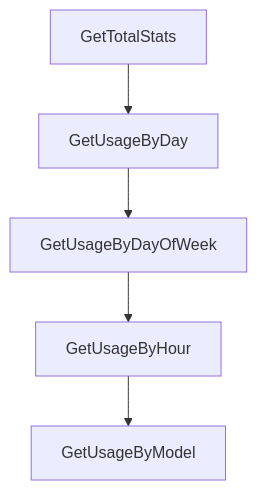
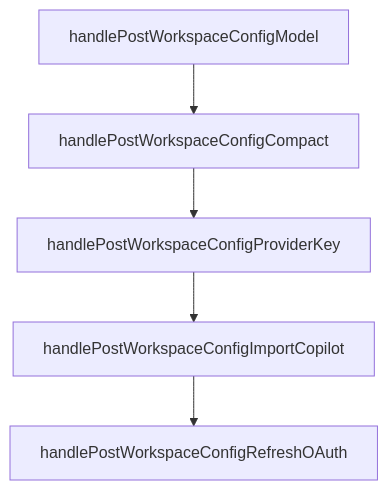
The diagram in tutorials/crush-tutorial/07-logs-debugging-and-operations.md (johnxie/awesome-code-docs), drawn with Mermaid before and after one commit. The commit also changed other lines of this file and 1232 other files, not shown here.

````diff
--- a/tutorials/crush-tutorial/07-logs-debugging-and-operations.md
+++ b/tutorials/crush-tutorial/07-logs-debugging-and-operations.md
@@ -223,12 +221,12 @@
 ```mermaid
 flowchart TD
-    A[GetTotalStats]
-    B[GetUsageByDay]
-    C[GetUsageByDayOfWeek]
-    D[GetUsageByHour]
-    E[GetUsageByModel]
+    A[handlePostWorkspaceConfigModel]
+    B[handlePostWorkspaceConfigCompact]
+    C[handlePostWorkspaceConfigProviderKey]
+    D[handlePostWorkspaceConfigImportCopilot]
+    E[handlePostWorkspaceConfigRefreshOAuth]
     A --> B
     B --> C
     C --> D
     D --> E
 ```
````
